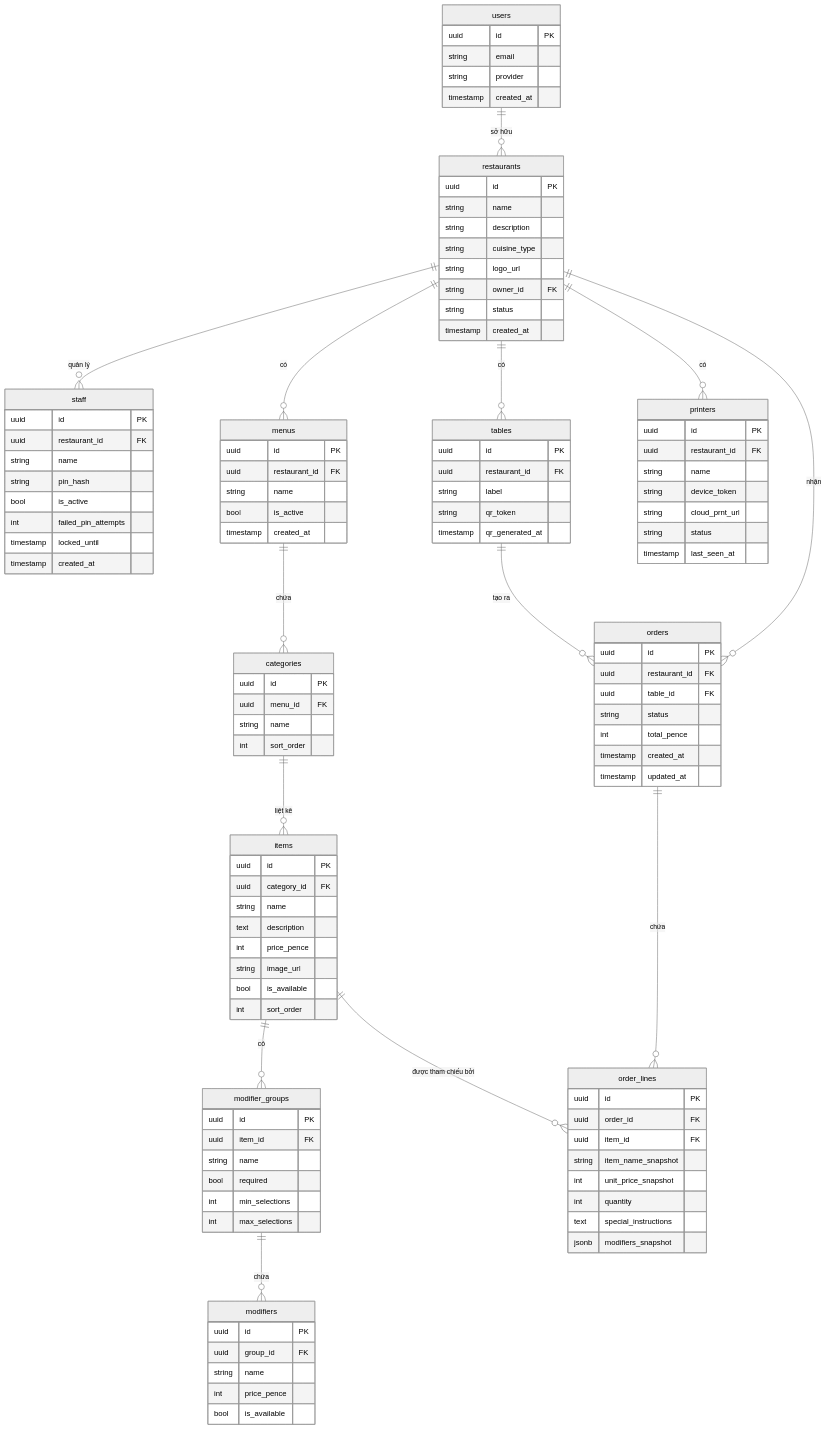
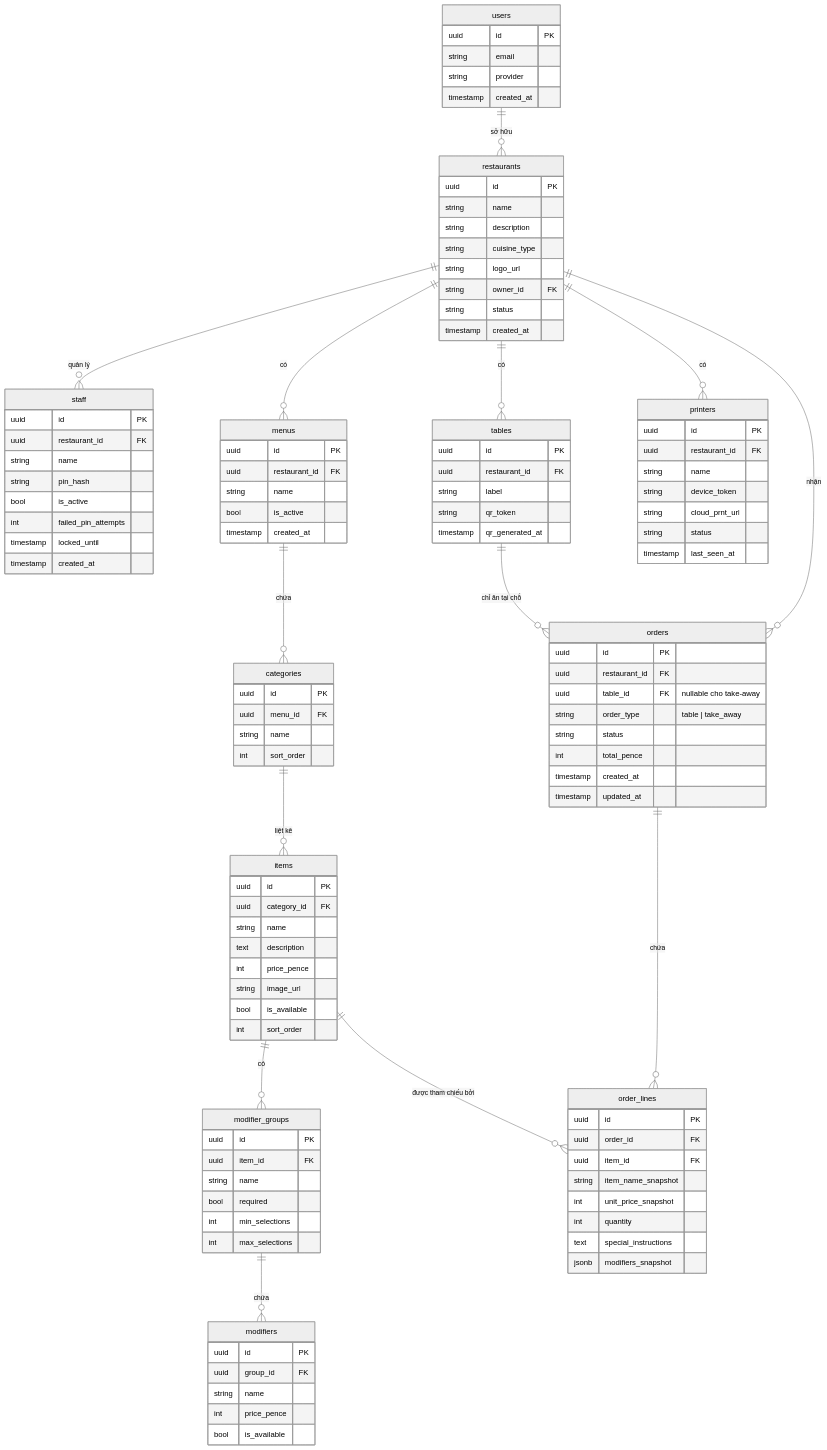
One commit to phamhuutruong7/contactless-order-system changed the diagram in site/vi/docs/diagrams/data-model/index.md. Above: the diagram before and after it, drawn with Mermaid (neutral theme). The commit also changed other lines of this file and 27 other files, not shown here.

Commit message:
feat: code style rules + aspire local dev docs + take-away order type

````diff
--- a/site/vi/docs/diagrams/data-model/index.md
+++ b/site/vi/docs/diagrams/data-model/index.md
@@ -91,7 +91,8 @@
   orders {
     uuid id PK
     uuid restaurant_id FK
-    uuid table_id FK
+    uuid table_id FK "nullable cho take-away"
+    string order_type "table | take_away"
     string status
     int total_pence
     timestamp created_at
@@ -129,7 +130,7 @@
   categories ||--o{ items : "liệt kê"
   items ||--o{ modifier_groups : "có"
   modifier_groups ||--o{ modifiers : "chứa"
-  tables ||--o{ orders : "tạo ra"
+  tables ||--o{ orders : "chỉ ăn tại chỗ"
   orders ||--o{ order_lines : "chứa"
   items ||--o{ order_lines : "được tham chiếu bởi"
 ```
````
